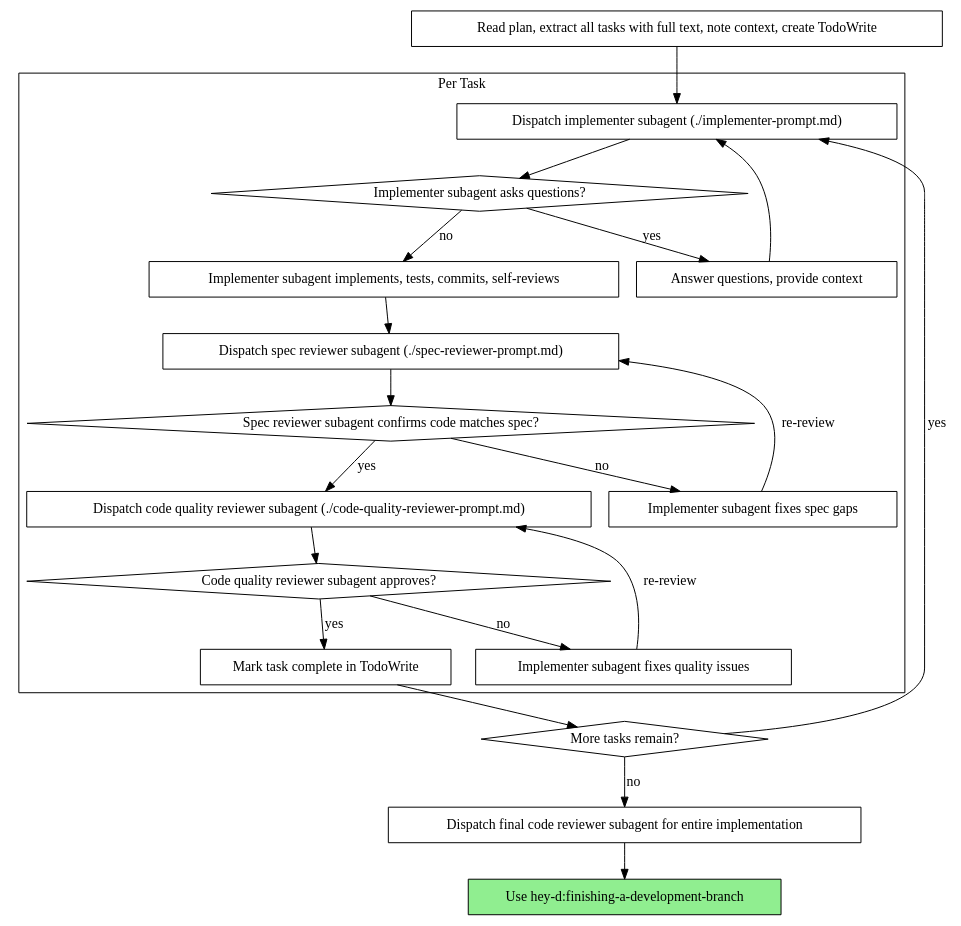
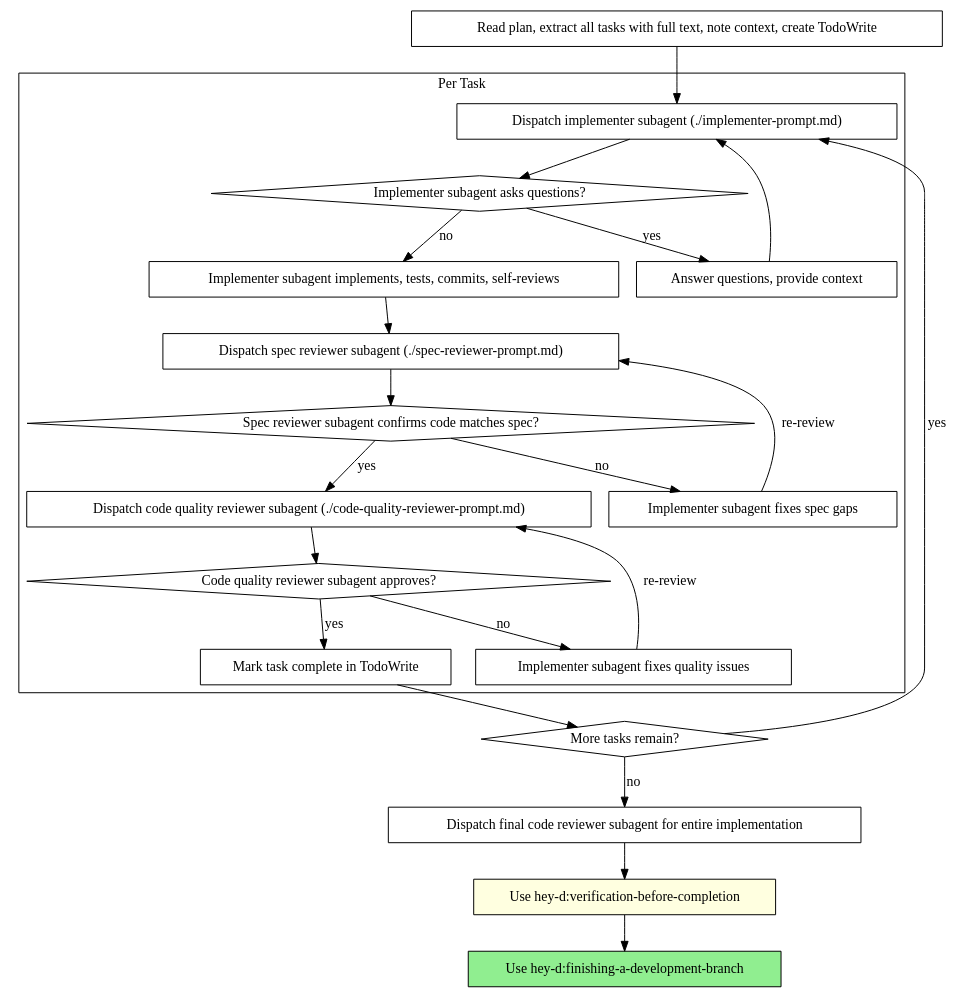
The second of 2 diagrams in skills/subagent-driven-development/SKILL.md (yeuem1vannam/hey-d), drawn with Graphviz before and after one commit. The commit also changed other lines of this file and 3 other files, not shown here.

First line of the commit message:
feat(skills): add branch check and verification gates to execution flow

````diff
--- a/skills/subagent-driven-development/SKILL.md
+++ b/skills/subagent-driven-development/SKILL.md
@@ -53,44 +53,46 @@
 ```dot
 digraph process {
     rankdir=TB;
 
     subgraph cluster_per_task {
         label="Per Task";
         "Dispatch implementer subagent (./implementer-prompt.md)" [shape=box];
         "Implementer subagent asks questions?" [shape=diamond];
         "Answer questions, provide context" [shape=box];
         "Implementer subagent implements, tests, commits, self-reviews" [shape=box];
         "Dispatch spec reviewer subagent (./spec-reviewer-prompt.md)" [shape=box];
         "Spec reviewer subagent confirms code matches spec?" [shape=diamond];
         "Implementer subagent fixes spec gaps" [shape=box];
         "Dispatch code quality reviewer subagent (./code-quality-reviewer-prompt.md)" [shape=box];
         "Code quality reviewer subagent approves?" [shape=diamond];
         "Implementer subagent fixes quality issues" [shape=box];
         "Mark task complete in TodoWrite" [shape=box];
     }
 
     "Read plan, extract all tasks with full text, note context, create TodoWrite" [shape=box];
     "More tasks remain?" [shape=diamond];
     "Dispatch final code reviewer subagent for entire implementation" [shape=box];
+    "Use hey-d:verification-before-completion" [shape=box style=filled fillcolor=lightyellow];
     "Use hey-d:finishing-a-development-branch" [shape=box style=filled fillcolor=lightgreen];
 
     "Read plan, extract all tasks with full text, note context, create TodoWrite" -> "Dispatch implementer subagent (./implementer-prompt.md)";
     "Dispatch implementer subagent (./implementer-prompt.md)" -> "Implementer subagent asks questions?";
     "Implementer subagent asks questions?" -> "Answer questions, provide context" [label="yes"];
     "Answer questions, provide context" -> "Dispatch implementer subagent (./implementer-prompt.md)";
     "Implementer subagent asks questions?" -> "Implementer subagent implements, tests, commits, self-reviews" [label="no"];
     "Implementer subagent implements, tests, commits, self-reviews" -> "Dispatch spec reviewer subagent (./spec-reviewer-prompt.md)";
     "Dispatch spec reviewer subagent (./spec-reviewer-prompt.md)" -> "Spec reviewer subagent confirms code matches spec?";
     "Spec reviewer subagent confirms code matches spec?" -> "Implementer subagent fixes spec gaps" [label="no"];
     "Implementer subagent fixes spec gaps" -> "Dispatch spec reviewer subagent (./spec-reviewer-prompt.md)" [label="re-review"];
     "Spec reviewer subagent confirms code matches spec?" -> "Dispatch code quality reviewer subagent (./code-quality-reviewer-prompt.md)" [label="yes"];
     "Dispatch code quality reviewer subagent (./code-quality-reviewer-prompt.md)" -> "Code quality reviewer subagent approves?";
     "Code quality reviewer subagent approves?" -> "Implementer subagent fixes quality issues" [label="no"];
     "Implementer subagent fixes quality issues" -> "Dispatch code quality reviewer subagent (./code-quality-reviewer-prompt.md)" [label="re-review"];
     "Code quality reviewer subagent approves?" -> "Mark task complete in TodoWrite" [label="yes"];
     "Mark task complete in TodoWrite" -> "More tasks remain?";
     "More tasks remain?" -> "Dispatch implementer subagent (./implementer-prompt.md)" [label="yes"];
     "More tasks remain?" -> "Dispatch final code reviewer subagent for entire implementation" [label="no"];
-    "Dispatch final code reviewer subagent for entire implementation" -> "Use hey-d:finishing-a-development-branch";
+    "Dispatch final code reviewer subagent for entire implementation" -> "Use hey-d:verification-before-completion";
+    "Use hey-d:verification-before-completion" -> "Use hey-d:finishing-a-development-branch";
 }
 ```
````
